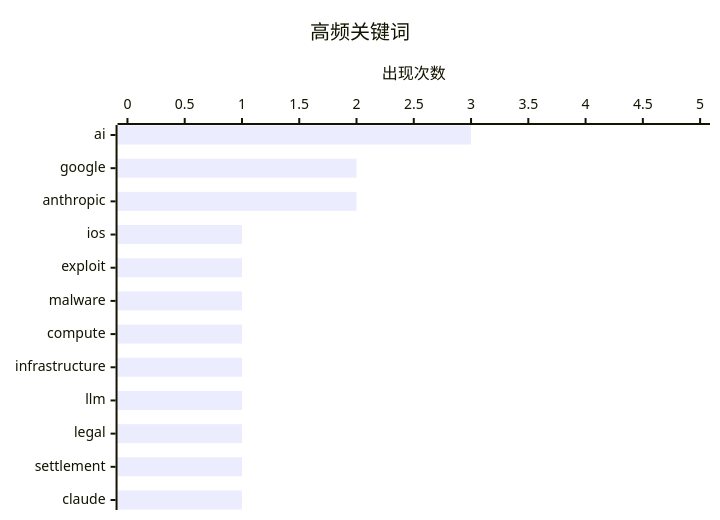
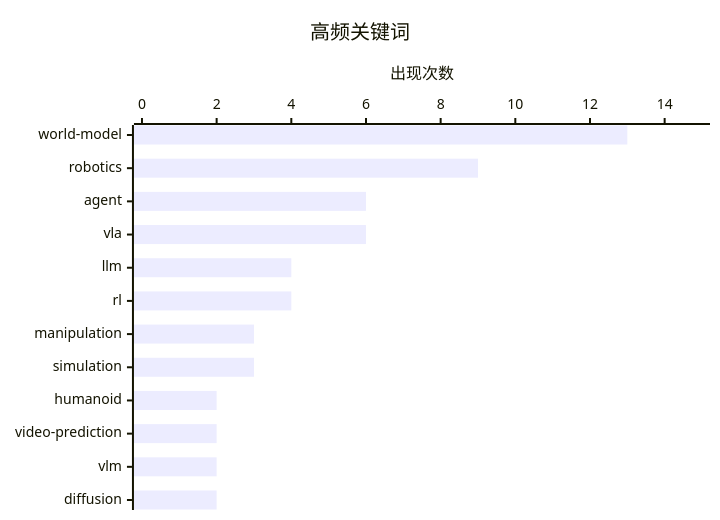
One commit to kason-huang/ai-daily-digest changed the second of 2 diagrams in digest.md. Above: the diagram before and after it, drawn with Mermaid. The commit also changed other lines of this file and 9 other files, not shown here.

````diff
--- a/digest.md
+++ b/digest.md
@@ -66,7 +72,7 @@
 ```mermaid
 xychart-beta horizontal
     title "高频关键词"
-    x-axis ["ai", "google", "anthropic", "ios", "exploit", "malware", "compute", "infrastructure", "llm", "legal", "settlement", "claude"]
-    y-axis "出现次数" 0 --> 5
-    bar [3, 2, 2, 1, 1, 1, 1, 1, 1, 1, 1, 1]
+    x-axis ["world-model", "robotics", "agent", "vla", "llm", "rl", "manipulation", "simulation", "humanoid", "video-prediction", "vlm", "diffusion"]
+    y-axis "出现次数" 0 --> 15
+    bar [13, 9, 6, 6, 4, 4, 3, 3, 2, 2, 2, 2]
 ```
````
